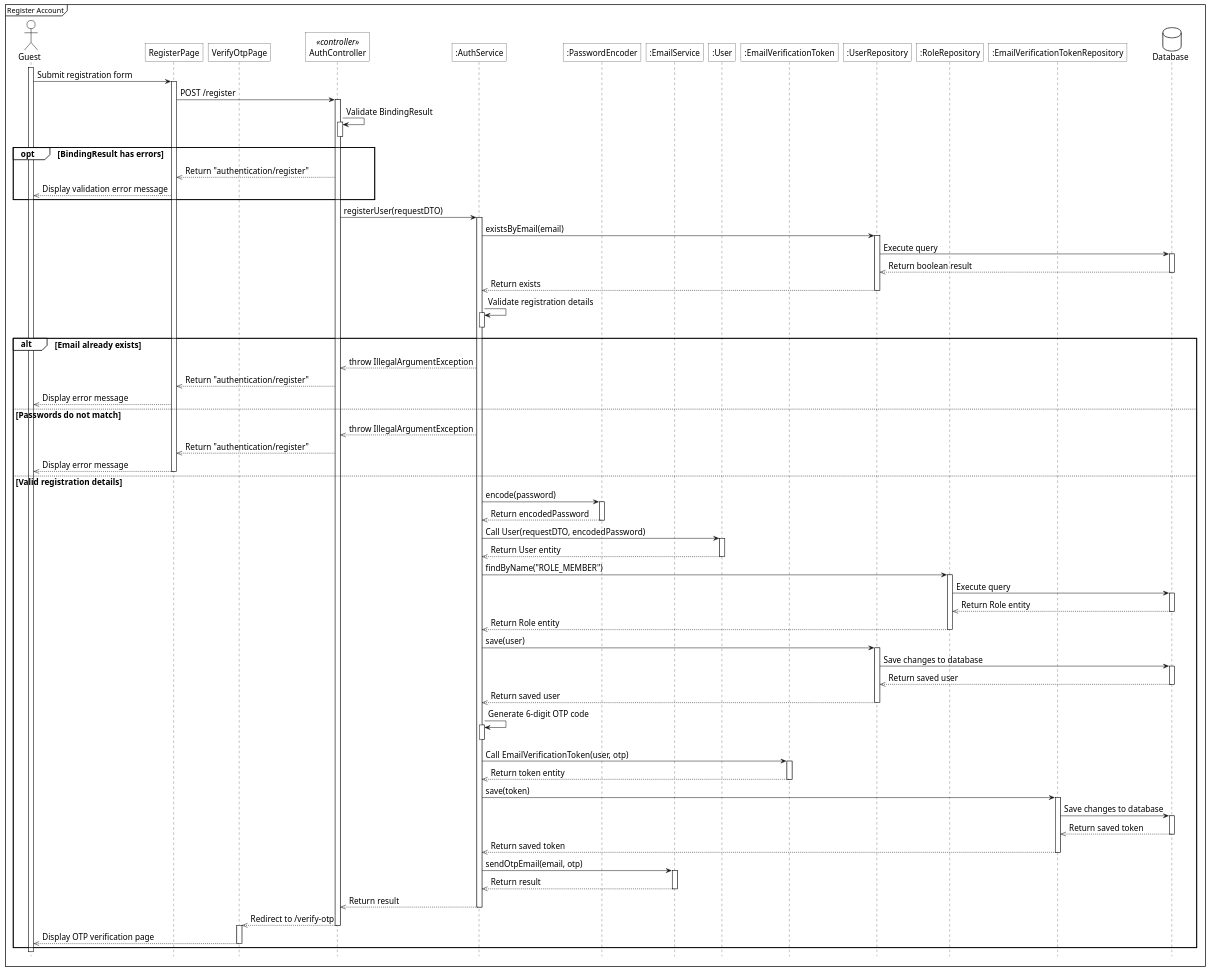
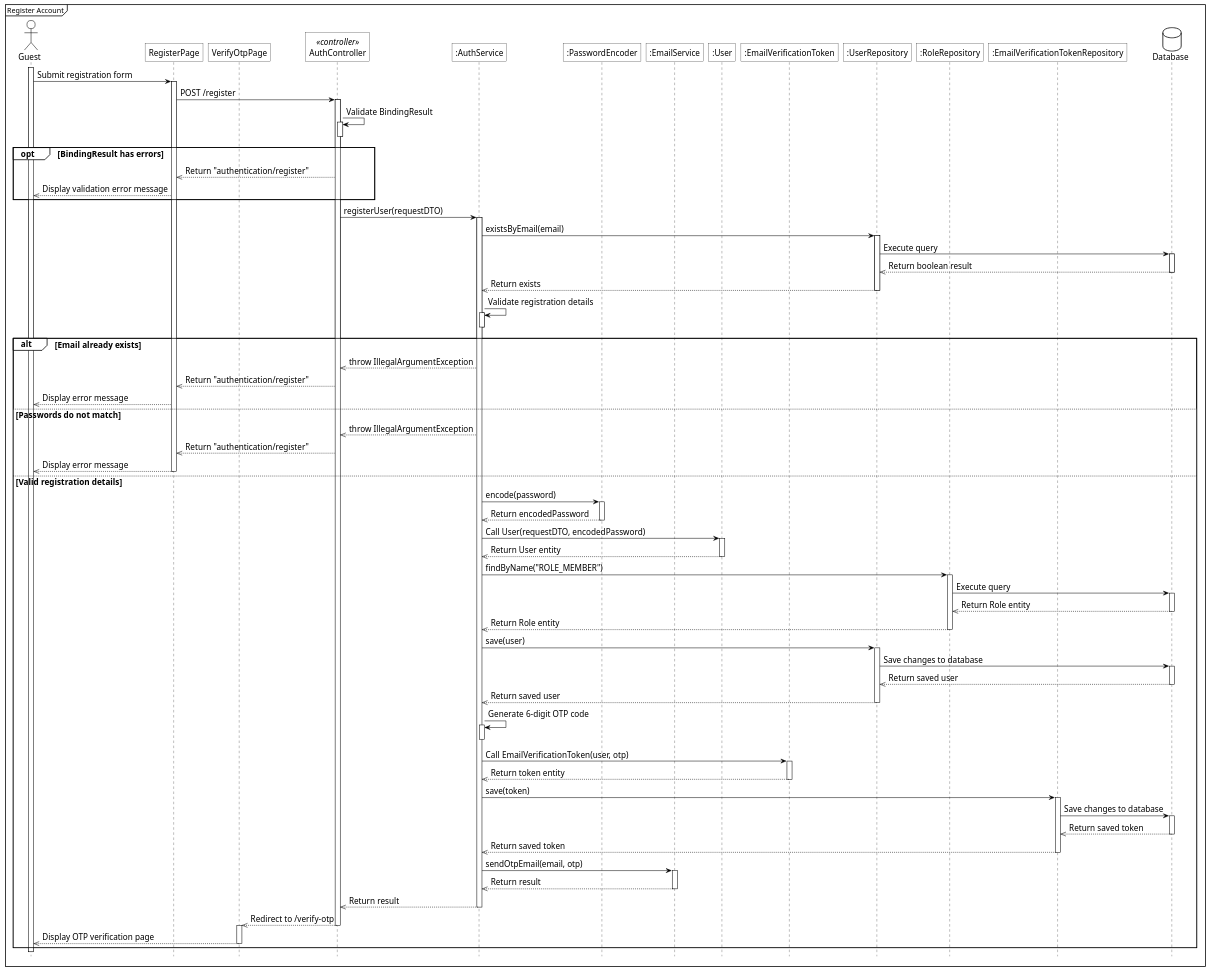
Diagram 16 of 17 in .agents/skills/plantuml_sequence_diagram/SKILL.md (Phuoctai228/tram-truyen), drawn with PlantUML before and after one commit. The commit also changed other lines of this file and 20 other files, not shown here.

Commit message:
sequence đen vcl

````diff
--- a/.agents/skills/plantuml_sequence_diagram/SKILL.md
+++ b/.agents/skills/plantuml_sequence_diagram/SKILL.md
@@ -441,35 +461,55 @@
 ```plantuml
 @startuml sq_register_account
 <style>
+    root {
+        LineColor black
+    }
     sequenceDiagram{
+        LineColor black
         FontSize 16
 
         arrow {
+            LineColor black
             ' Set the maximum width of the text on arrows
             MaximumWidth 300
         }
         actor{
+            LineColor black
             BackgroundColor white
             LineThickness 1.0
         }
         participant{
+            LineColor black
             BackgroundColor white
             RoundCorner 0
         }
         database{
+            LineColor black
+            BackgroundColor white
+        }
+        lifeLine{
+            LineColor black
+            BackgroundColor white
+        }
+        group{
+            LineColor black
             BackgroundColor white
         }
         groupHeader{
+            LineColor black
             BackgroundColor white
         }
         referenceHeader{
+            LineColor black
             BackgroundColor white
         }
         reference{
+            LineColor black
             BackgroundColor white
         }
     }
 </style>
+skinparam monochrome true
 
 hide footbox
 mainframe Register Account
````
